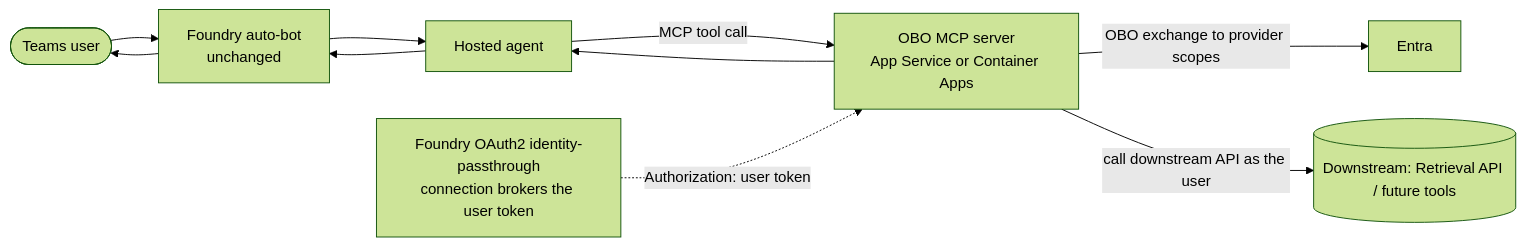
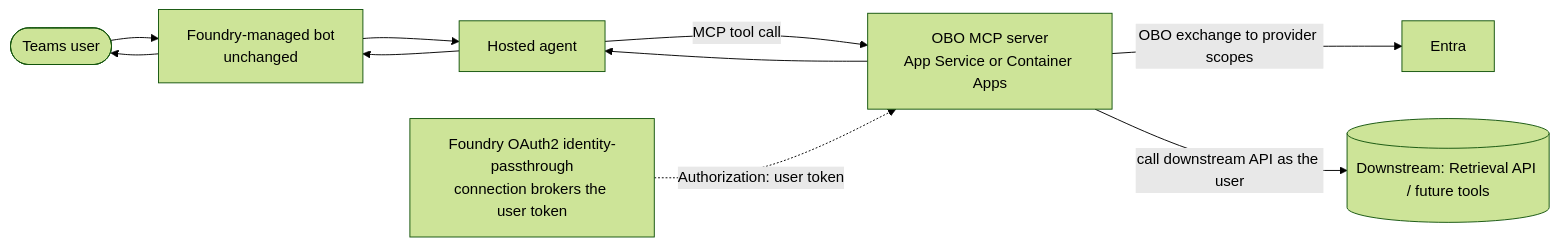
The diagram in foundryagents/hostedagent/sharepoint-copilot-retrieval/obo-mcp-server/README.md (Heenanl/Foundry_EnterpriseAgents), drawn with Mermaid (forest theme) before and after one commit. The commit also changed other lines of this file and 10 other files, not shown here.

Commit message:
Updated auto-bot to the more standard foundry-managed bot service.

````diff
--- a/foundryagents/hostedagent/sharepoint-copilot-retrieval/obo-mcp-server/README.md
+++ b/foundryagents/hostedagent/sharepoint-copilot-retrieval/obo-mcp-server/README.md
@@ -11,9 +11,9 @@
 ```mermaid
 flowchart LR
-    U([Teams user]) --> BOT[Foundry auto-bot<br/>unchanged] --> AG[Hosted agent]
+    U([Teams user]) --> BOT[Foundry-managed bot<br/>unchanged] --> AG[Hosted agent]
     AG -->|MCP tool call| GW["OBO MCP server<br/>App Service or Container Apps"]
     F[Foundry OAuth2 identity-passthrough<br/>connection brokers the user token] -.->|Authorization: user token| GW
     GW -->|OBO exchange to provider scopes| E[Entra]
     GW -->|call downstream API as the user| D[(Downstream: Retrieval API / future tools)]
     GW --> AG --> BOT --> U
 ```
````
